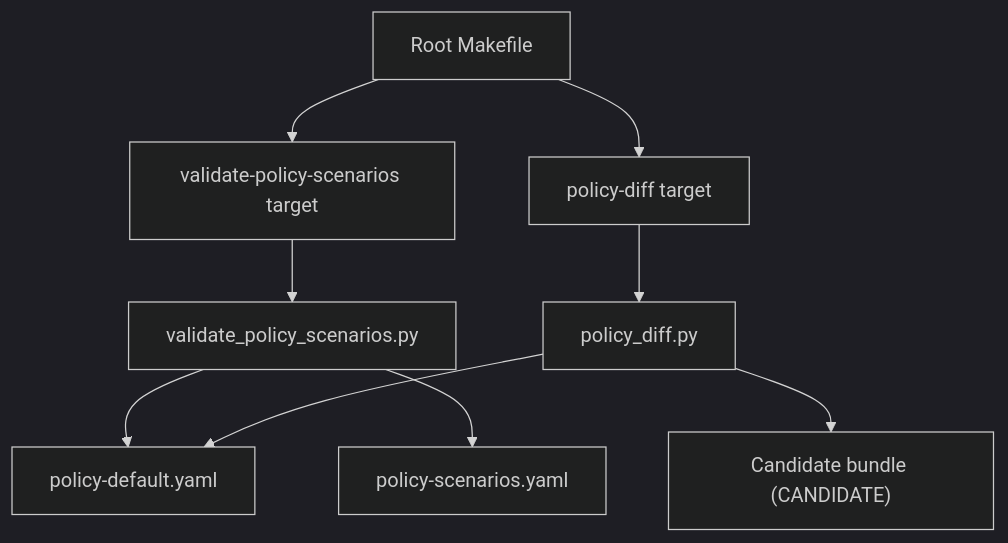
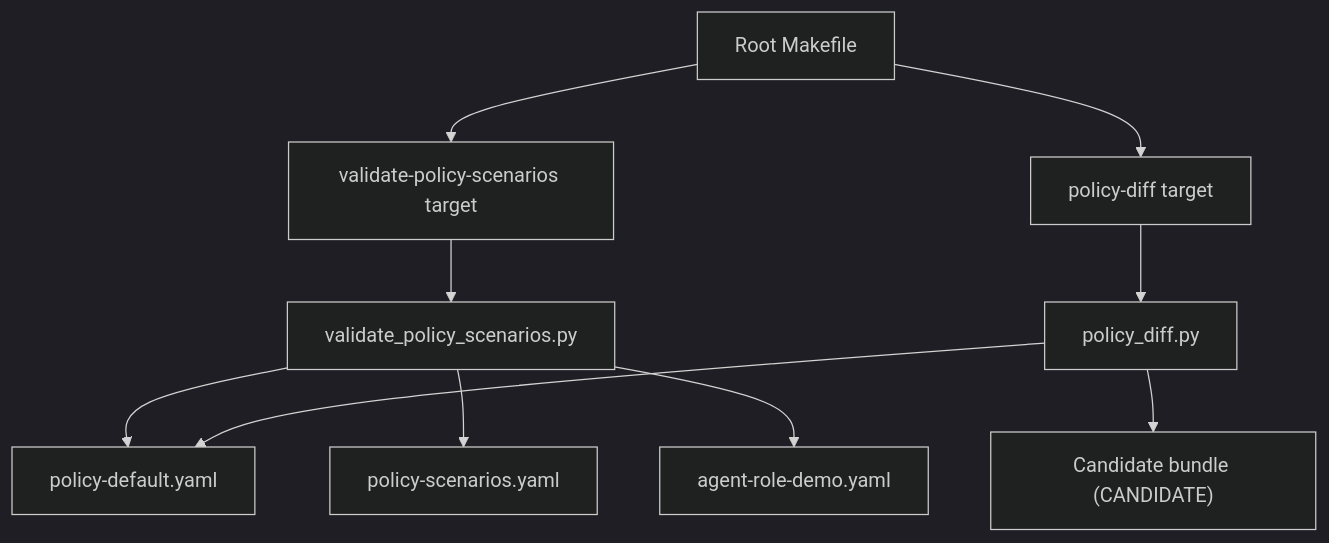
Before and after one commit to metasync/luban-aiops: the first of 4 diagrams in .qoder/repowiki/en/content/Security and Authorization/Authorization Policies/Policy Testing and Scenarios.md, drawn with Mermaid (dark theme). The commit also changed other lines of this file and 128 other files, not shown here.

````diff
--- a/.qoder/repowiki/en/content/Security and Authorization/Authorization Policies/Policy Testing and Scenarios.md
+++ b/.qoder/repowiki/en/content/Security and Authorization/Authorization Policies/Policy Testing and Scenarios.md
@@ -36,11 +49,12 @@
 ```mermaid
 graph TB
 A["Root Makefile"] --> B["validate-policy-scenarios target"]
 A --> C["policy-diff target"]
 B --> D["validate_policy_scenarios.py"]
 C --> E["policy_diff.py"]
 D --> F["policy-default.yaml"]
 D --> G["policy-scenarios.yaml"]
+D --> H["agent-role-demo.yaml"]
 E --> F
-E --> H["Candidate bundle (CANDIDATE)"]
+E --> I["Candidate bundle (CANDIDATE)"]
 ```
````
